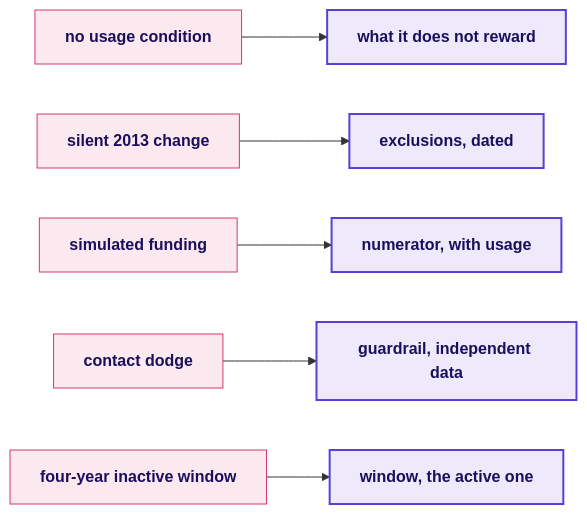
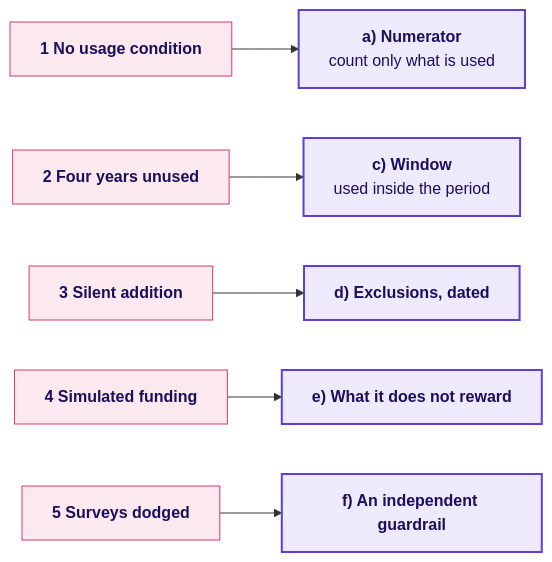
One commit to fde-academy-lab/c2-content-factory changed the first of 3 diagrams in content/W04/D1/slides/C2_W04_D01_fallback_STUDENT.md. Above: the diagram before and after it, drawn with Mermaid. The commit also changed other lines of this file and 24 other files, not shown here.

````diff
--- a/content/W04/D1/slides/C2_W04_D01_fallback_STUDENT.md
+++ b/content/W04/D1/slides/C2_W04_D01_fallback_STUDENT.md
@@ -54,12 +78,12 @@
 ```mermaid
 flowchart LR
-    B1["<b>no usage condition</b>"] --> L1["<b>what it does not reward</b>"]
-    B2["<b>silent 2013 change</b>"] --> L2["<b>exclusions, dated</b>"]
-    B3["<b>simulated funding</b>"] --> L3["<b>numerator, with usage</b>"]
-    B4["<b>contact dodge</b>"] --> L4["<b>guardrail, independent data</b>"]
-    B5["<b>four-year inactive window</b>"] --> L5["<b>window, the active one</b>"]
+    F1["<b>1 No usage condition</b>"] --> A["<b>a) Numerator</b><br/>count only what is used"]
+    F2["<b>2 Four years unused</b>"] --> C["<b>c) Window</b><br/>used inside the period"]
+    F3["<b>3 Silent addition</b>"] --> D["<b>d) Exclusions, dated</b>"]
+    F4["<b>4 Simulated funding</b>"] --> E["<b>e) What it does not reward</b>"]
+    F5["<b>5 Surveys dodged</b>"] --> G["<b>f) An independent guardrail</b>"]
     classDef bad fill:#FBE9EF,stroke:#D63A6A,color:#1A0F5C
     classDef known fill:#EEEAFB,stroke:#5B3FD6,color:#1A0F5C,stroke-width:2px
-    class B1,B2,B3,B4,B5 bad
-    class L1,L2,L3,L4,L5 known
+    class F1,F2,F3,F4,F5 bad
+    class A,C,D,E,G known
 ```
````
